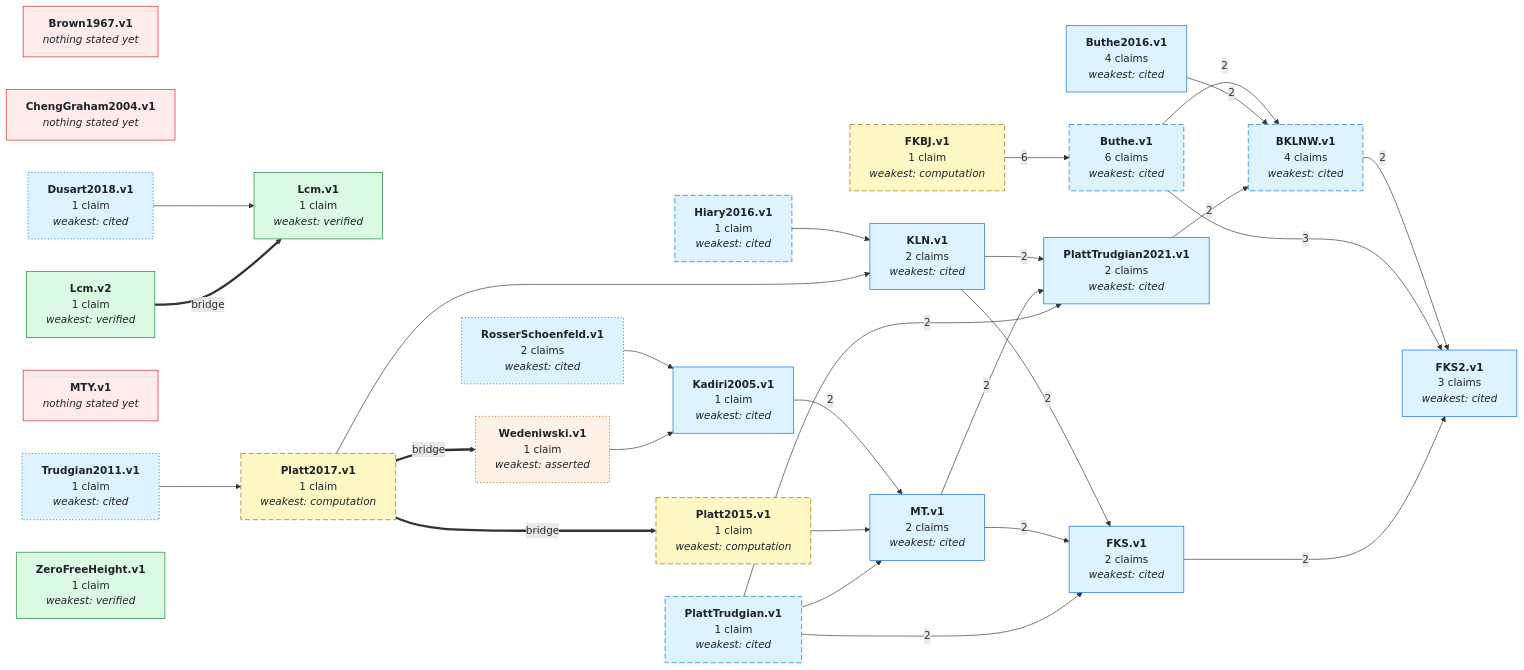
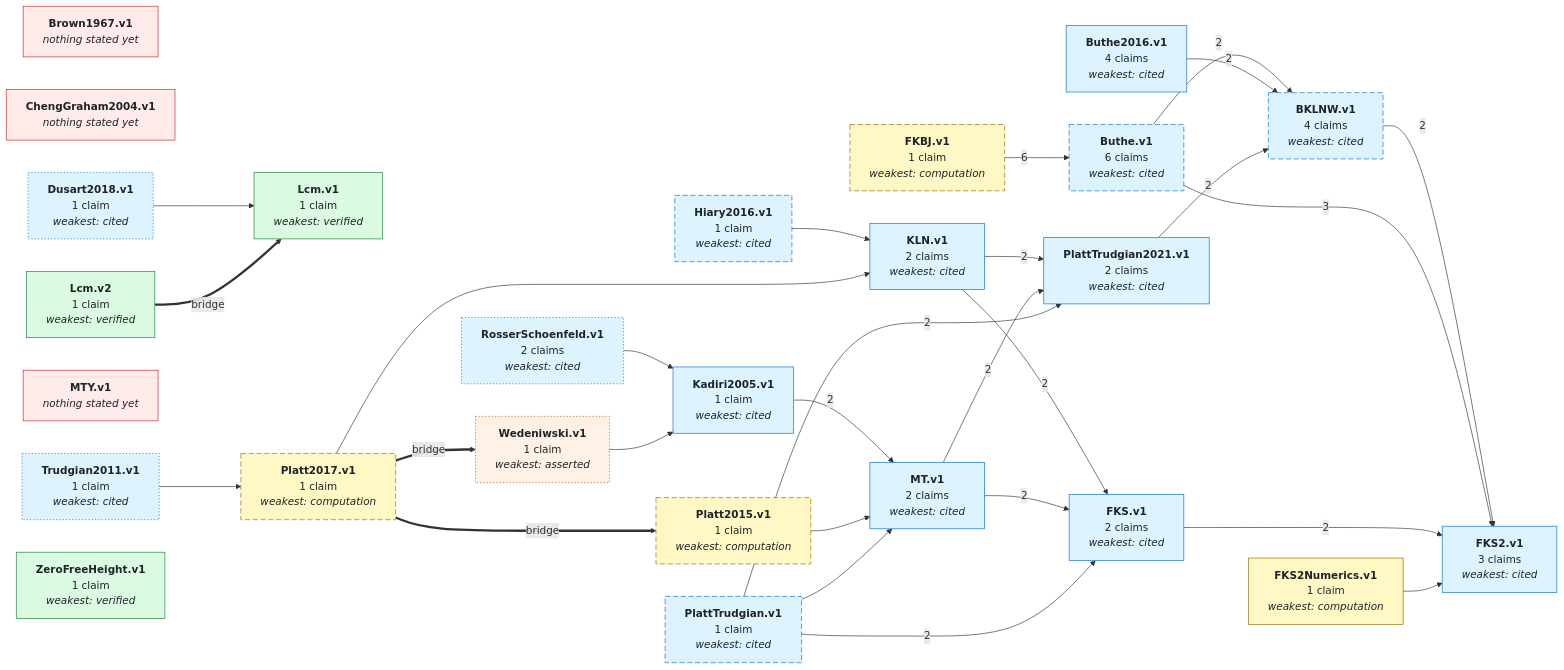
One commit to teorth/IEANTN changed the first of 2 diagrams in GRAPH.md. Above: the diagram before and after it, drawn with Mermaid. The commit also changed other lines of this file and 18 other files, not shown here.

First line of the commit message:
Split FKS2's numerics into a node, and lay out the port skeleton

```diff
--- a/GRAPH.md
+++ b/GRAPH.md
@@ -51,6 +51,7 @@
   NFKBJ_v1["<b>FKBJ.v1</b><br/>1 claim<br/><i>weakest: computation</i>"]
   NFKS_v1["<b>FKS.v1</b><br/>2 claims<br/><i>weakest: cited</i>"]
   NFKS2_v1["<b>FKS2.v1</b><br/>3 claims<br/><i>weakest: cited</i>"]
+  NFKS2Numerics_v1["<b>FKS2Numerics.v1</b><br/>1 claim<br/><i>weakest: computation</i>"]
   NHiary2016_v1["<b>Hiary2016.v1</b><br/>1 claim<br/><i>weakest: cited</i>"]
   NKLN_v1["<b>KLN.v1</b><br/>2 claims<br/><i>weakest: cited</i>"]
   NKadiri2005_v1["<b>Kadiri2005.v1</b><br/>1 claim<br/><i>weakest: cited</i>"]
@@ -73,6 +74,7 @@
   NDusart2018_v1 --> NLcm_v1
   NFKBJ_v1 -->|6| NButhe_v1
   NFKS_v1 -->|2| NFKS2_v1
+  NFKS2Numerics_v1 --> NFKS2_v1
   NHiary2016_v1 --> NKLN_v1
   NKLN_v1 -->|2| NFKS_v1
   NKLN_v1 -->|2| NPlattTrudgian2021_v1
@@ -105,7 +107,7 @@
   class NBrown1967_v1,NChengGraham2004_v1,NMTY_v1 none_yet;
   class NWedeniwski_v1 asserted;
   class NBKLNW_v1,NButhe_v1,NButhe2016_v1,NDusart2018_v1,NFKS_v1,NFKS2_v1,NHiary2016_v1,NKLN_v1,NKadiri2005_v1,NMT_v1,NPlattTrudgian_v1,NPlattTrudgian2021_v1,NRosserSchoenfeld_v1,NTrudgian2011_v1 literature;
-  class NFKBJ_v1,NPlatt2015_v1,NPlatt2017_v1 numerical;
+  class NFKBJ_v1,NFKS2Numerics_v1,NPlatt2015_v1,NPlatt2017_v1 numerical;
   class NLcm_v1,NLcm_v2,NZeroFreeHeight_v1 lean_comparator;
   click NBKLNW_v1 href "https://github.com/teorth/IEANTN/blob/main/docs/nodes/BKLNW-v1.md" _blank
   click NButhe_v1 href "https://github.com/teorth/IEANTN/blob/main/docs/nodes/Buthe-v1.md" _blank
@@ -114,6 +116,7 @@
   click NFKBJ_v1 href "https://github.com/teorth/IEANTN/blob/main/docs/nodes/FKBJ-v1.md" _blank
   click NFKS_v1 href "https://github.com/teorth/IEANTN/blob/main/docs/nodes/FKS-v1.md" _blank
   click NFKS2_v1 href "https://github.com/teorth/IEANTN/blob/main/docs/nodes/FKS2-v1.md" _blank
+  click NFKS2Numerics_v1 href "https://github.com/teorth/IEANTN/blob/main/docs/nodes/FKS2Numerics-v1.md" _blank
   click NHiary2016_v1 href "https://github.com/teorth/IEANTN/blob/main/docs/nodes/Hiary2016-v1.md" _blank
   click NKLN_v1 href "https://github.com/teorth/IEANTN/blob/main/docs/nodes/KLN-v1.md" _blank
   click NKadiri2005_v1 href "https://github.com/teorth/IEANTN/blob/main/docs/nodes/Kadiri2005-v1.md" _blank
```
